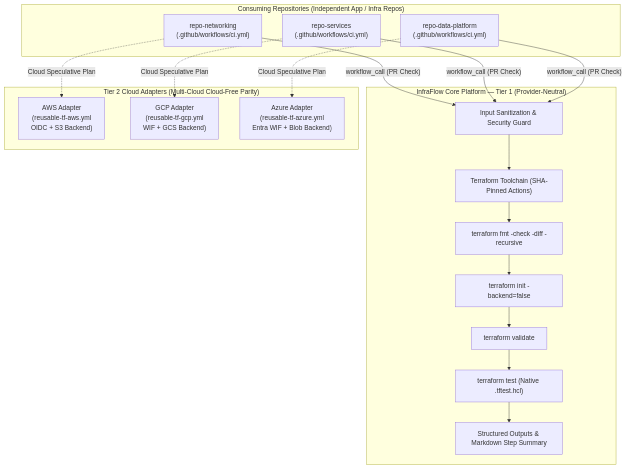
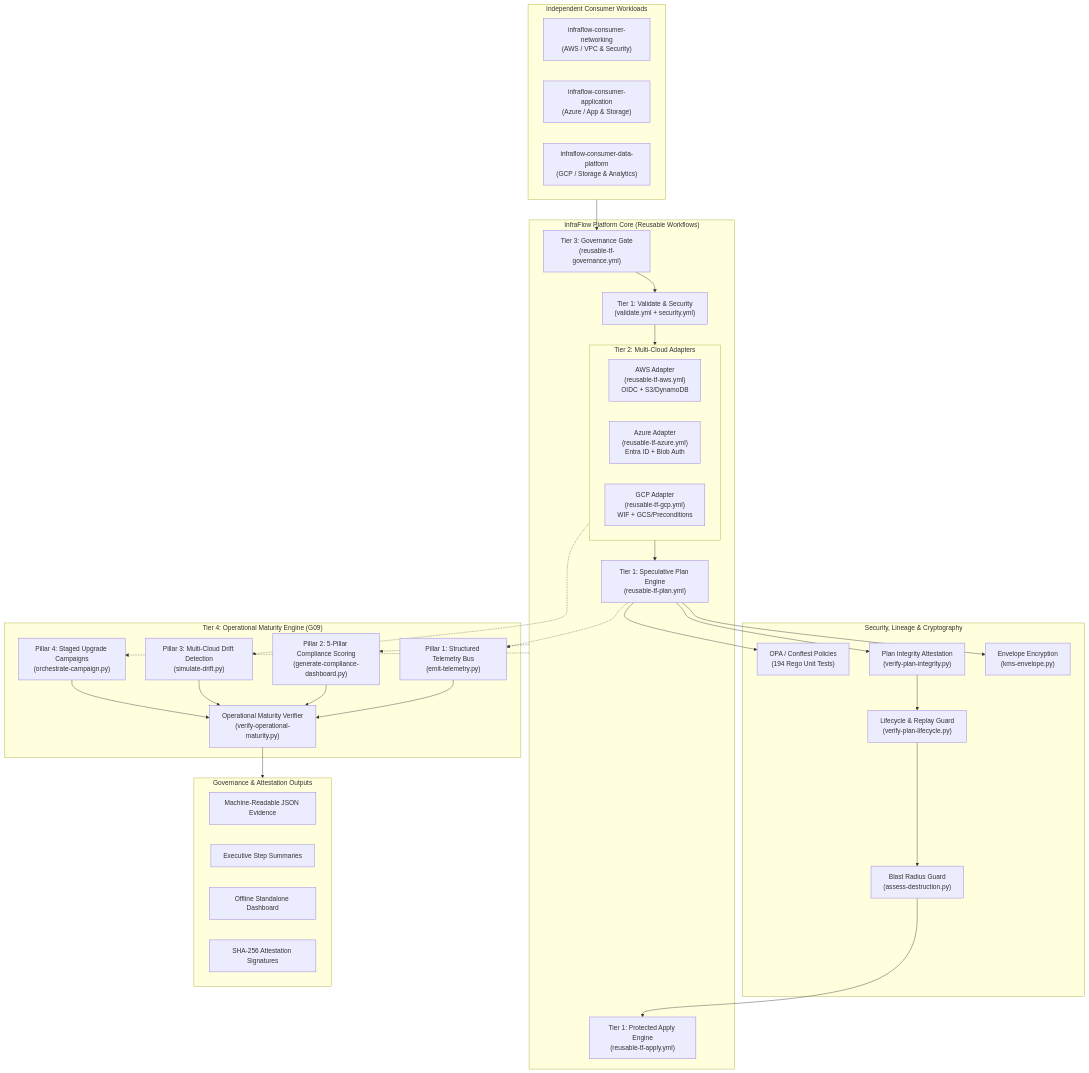
Before and after one commit to TM-threemavithana/infraflow: the first of 2 diagrams in README.md, drawn with Mermaid. The commit also changed other lines of this file and 50 other files, not shown here.

First line of the commit message:
feat(g09): complete operational maturity and fleet governance platform (#7)

````diff
--- a/README.md
+++ b/README.md
@@ -33,39 +134,68 @@
 ```mermaid
 flowchart TD
-    subgraph Consumers["Consuming Repositories (Independent App / Infra Repos)"]
-        Repo1["repo-networking\n(.github/workflows/ci.yml)"]
-        Repo2["repo-services\n(.github/workflows/ci.yml)"]
-        Repo3["repo-data-platform\n(.github/workflows/ci.yml)"]
+    subgraph Consumers["Independent Consumer Workloads"]
+        NetRepo["infraflow-consumer-networking\n(AWS / VPC & Security)"]
+        AppRepo["infraflow-consumer-application\n(Azure / App & Storage)"]
+        DataRepo["infraflow-consumer-data-platform\n(GCP / Storage & Analytics)"]
     end
 
-    subgraph CorePlatform["InfraFlow Core Platform — Tier 1 (Provider-Neutral)"]
-        Guard["Input Sanitization & Security Guard"]
-        Toolchain["Terraform Toolchain (SHA-Pinned Actions)"]
-        Fmt["terraform fmt -check -diff -recursive"]
-        Init["terraform init -backend=false"]
-        Val["terraform validate"]
-        Test["terraform test (Native .tftest.hcl)"]
-        Report["Structured Outputs & Markdown Step Summary"]
+    subgraph PlatformCore["InfraFlow Platform Core (Reusable Workflows)"]
+        GovGate["Tier 3: Governance Gate\n(reusable-tf-governance.yml)"]
+        ValSec["Tier 1: Validate & Security\n(validate.yml + security.yml)"]
+        
+        subgraph CloudAdapters["Tier 2: Multi-Cloud Adapters"]
+            AWSAdapter["AWS Adapter\n(reusable-tf-aws.yml)\nOIDC + S3/DynamoDB"]
+            AzureAdapter["Azure Adapter\n(reusable-tf-azure.yml)\nEntra ID + Blob Auth"]
+            GCPAdapter["GCP Adapter\n(reusable-tf-gcp.yml)\nWIF + GCS/Preconditions"]
+        end
 
-        Guard --> Toolchain
-        Toolchain --> Fmt
-        Fmt --> Init
-        Init --> Val
-        Val --> Test
-        Test --> Report
+        PlanEngine["Tier 1: Speculative Plan Engine\n(reusable-tf-plan.yml)"]
+        ApplyEngine["Tier 1: Protected Apply Engine\n(reusable-tf-apply.yml)"]
     end
 
-    subgraph Adapters["Tier 2 Cloud Adapters (Multi-Cloud Cloud-Free Parity)"]
-        AWS["AWS Adapter\n(reusable-tf-aws.yml\nOIDC + S3 Backend)"]
-        GCP["GCP Adapter\n(reusable-tf-gcp.yml\nWIF + GCS Backend)"]
-        Azure["Azure Adapter\n(reusable-tf-azure.yml\nEntra WIF + Blob Backend)"]
+    subgraph SecurityAttestation["Security, Lineage & Cryptography"]
+        OPAPolicies["OPA / Conftest Policies\n(194 Rego Unit Tests)"]
+        PlanAttest["Plan Integrity Attestation\n(verify-plan-integrity.py)"]
+        KMSEnvelope["Envelope Encryption\n(kms-envelope.py)"]
+        LineageReplay["Lifecycle & Replay Guard\n(verify-plan-lifecycle.py)"]
+        BlastRadius["Blast Radius Guard\n(assess-destruction.py)"]
     end
 
-    Repo1 -->|"workflow_call (PR Check)"| Guard
-    Repo2 -->|"workflow_call (PR Check)"| Guard
-    Repo3 -->|"workflow_call (PR Check)"| Guard
+    subgraph OperationalMaturity["Tier 4: Operational Maturity Engine (G09)"]
+        TelemetryBus["Pillar 1: Structured Telemetry Bus\n(emit-telemetry.py)"]
+        ComplianceDash["Pillar 2: 5-Pillar Compliance Scoring\n(generate-compliance-dashboard.py)"]
+        DriftSim["Pillar 3: Multi-Cloud Drift Detection\n(simulate-drift.py)"]
+        CampaignOrch["Pillar 4: Staged Upgrade Campaigns\n(orchestrate-campaign.py)"]
+        UnifiedVerifier["Operational Maturity Verifier\n(verify-operational-maturity.py)"]
+    end
 
-    Repo1 -.->|"Cloud Speculative Plan"| AWS
-    Repo2 -.->|"Cloud Speculative Plan"| GCP
-    Repo3 -.->|"Cloud Speculative Plan"| Azure
+    subgraph EvidenceOut["Governance & Attestation Outputs"]
+        JSONEv["Machine-Readable JSON Evidence"]
+        MDEv["Executive Step Summaries"]
+        HTMLEv["Offline Standalone Dashboard"]
+        SignedAttest["SHA-256 Attestation Signatures"]
+    end
+
+    Consumers --> GovGate
+    GovGate --> ValSec
+    ValSec --> CloudAdapters
+    CloudAdapters --> PlanEngine
+    PlanEngine --> OPAPolicies
+    PlanEngine --> PlanAttest
+    PlanEngine --> KMSEnvelope
+    PlanAttest --> LineageReplay
+    LineageReplay --> BlastRadius
+    BlastRadius --> ApplyEngine
+
+    PlanEngine -.-> TelemetryBus
+    CloudAdapters -.-> DriftSim
+    PlatformCore -.-> ComplianceDash
+    PlatformCore -.-> CampaignOrch
+
+    TelemetryBus --> UnifiedVerifier
+    ComplianceDash --> UnifiedVerifier
+    DriftSim --> UnifiedVerifier
+    CampaignOrch --> UnifiedVerifier
+
+    UnifiedVerifier --> EvidenceOut
 ```
````
